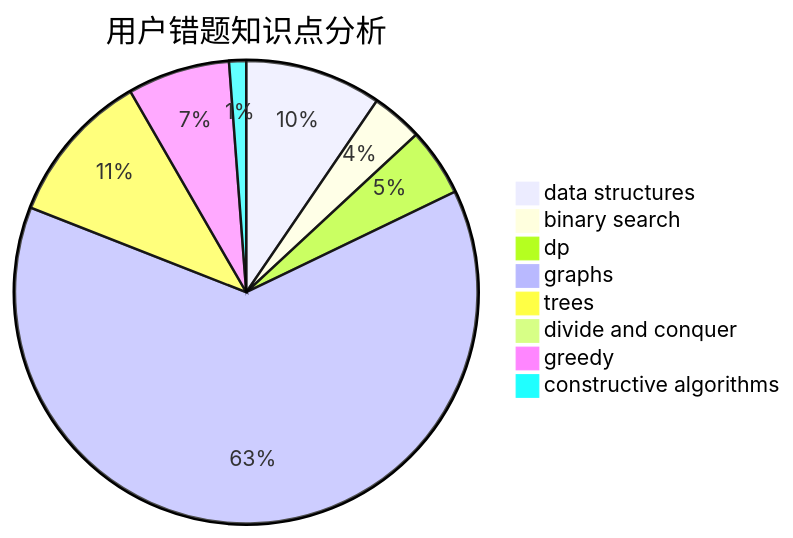
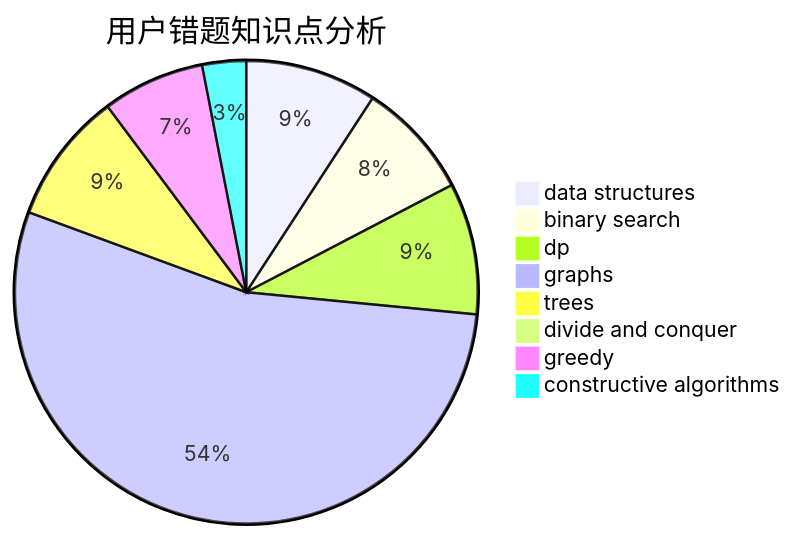
One commit to sherpahu/cfrs.github.io changed the third of 3 diagrams in docs/user/u2661.md. Above: the diagram before and after it, drawn with Mermaid. The commit also changed other lines of this file and 2770 other files, not shown here.

````diff
--- a/docs/user/u2661.md
+++ b/docs/user/u2661.md
@@ -36,11 +36,11 @@
 ```mermaid
 pie title 用户错题知识点分析
-    "data structures" :  8
-    "binary search" :  3
-    "dp" :  4
+    "data structures" :  9
+    "binary search" :  8
+    "dp" :  9
     "graphs" :  53
     "trees" :  9
     "divide and conquer" :  0
-    "greedy" :  6
-    "constructive algorithms" :  1
+    "greedy" :  7
+    "constructive algorithms" :  3
 ```
````
